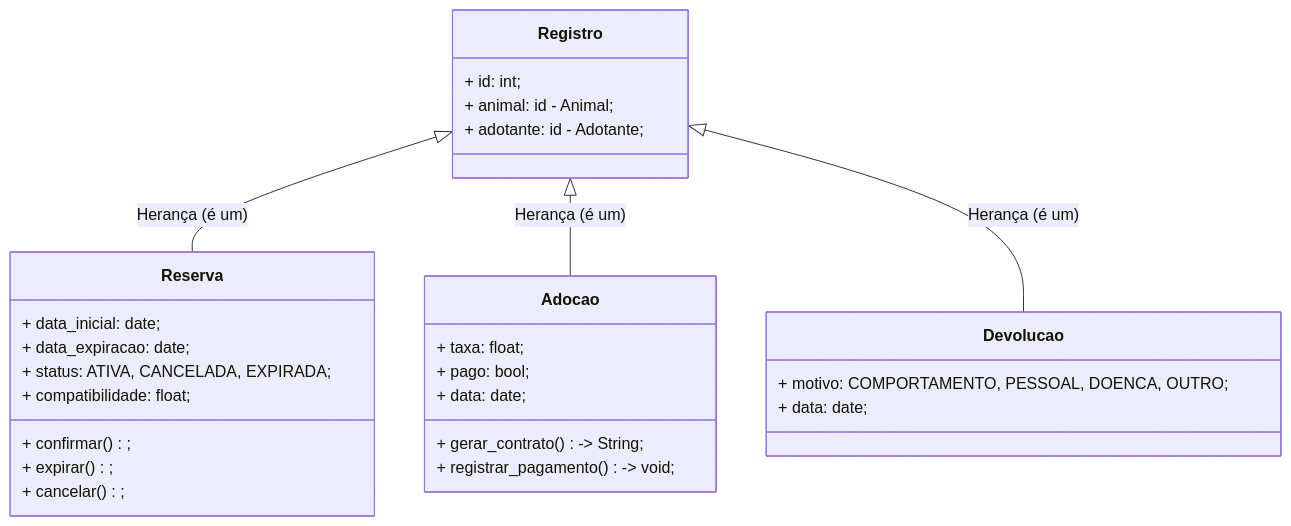
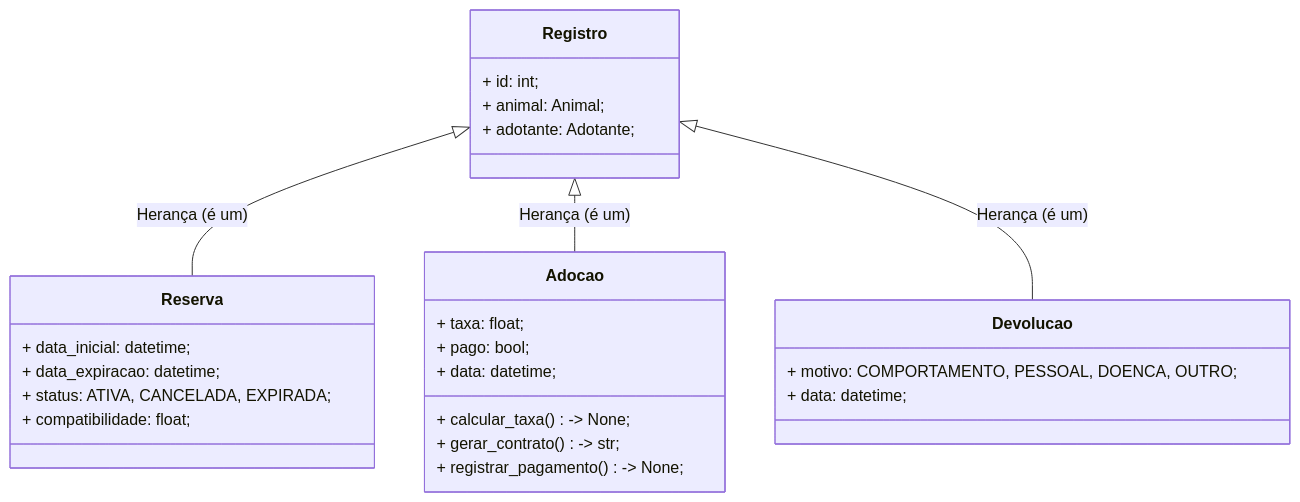
Before and after one commit to Alisson014/projeto-1-poo-sistema-adocao-animais: the fourth of 8 diagrams in docs/uml.md, drawn with Mermaid. The commit also changed other lines of this file and 2 other files, not shown here.

Commit message:
docs: update documentation to include tests and uml updates

````diff
--- a/docs/uml.md
+++ b/docs/uml.md
@@ -153,36 +156,34 @@
 ```mermaid
 classDiagram
     class Registro {
         + id: int;
-        + animal: id - Animal;
-        + adotante: id - Adotante;
+        + animal: Animal;
+        + adotante: Adotante;
     }
 
     class Reserva {
-        + data_inicial: date;
-        + data_expiracao: date;
+        + data_inicial: datetime;
+        + data_expiracao: datetime;
         + status: ATIVA, CANCELADA, EXPIRADA;
         + compatibilidade: float;
-        + confirmar();
-        + expirar();
-        + cancelar();
     }
 
     class Adocao {
         + taxa: float;
         + pago: bool;
-        + data: date;
-        + gerar_contrato() -> String;
-        + registrar_pagamento() -> void;
+        + data: datetime;
+        + calcular_taxa() -> None;
+        + gerar_contrato() -> str;
+        + registrar_pagamento() -> None;
     }
 
     class Devolucao {
         + motivo: COMPORTAMENTO, PESSOAL, DOENCA, OUTRO;
-        + data: date;
+        + data: datetime;
     }
 
     %% Relacionamentos:
     Registro <|-- Reserva : Herança (é um)
     Registro <|-- Adocao : Herança (é um)
     Registro <|-- Devolucao : Herança (é um)
 ```
````
